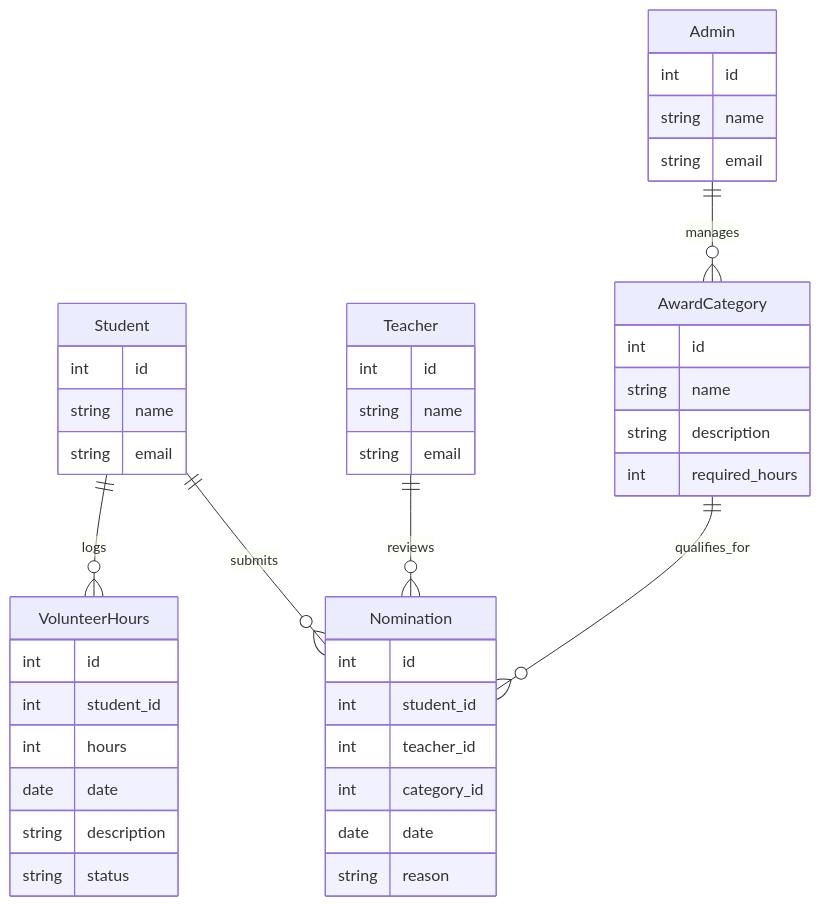
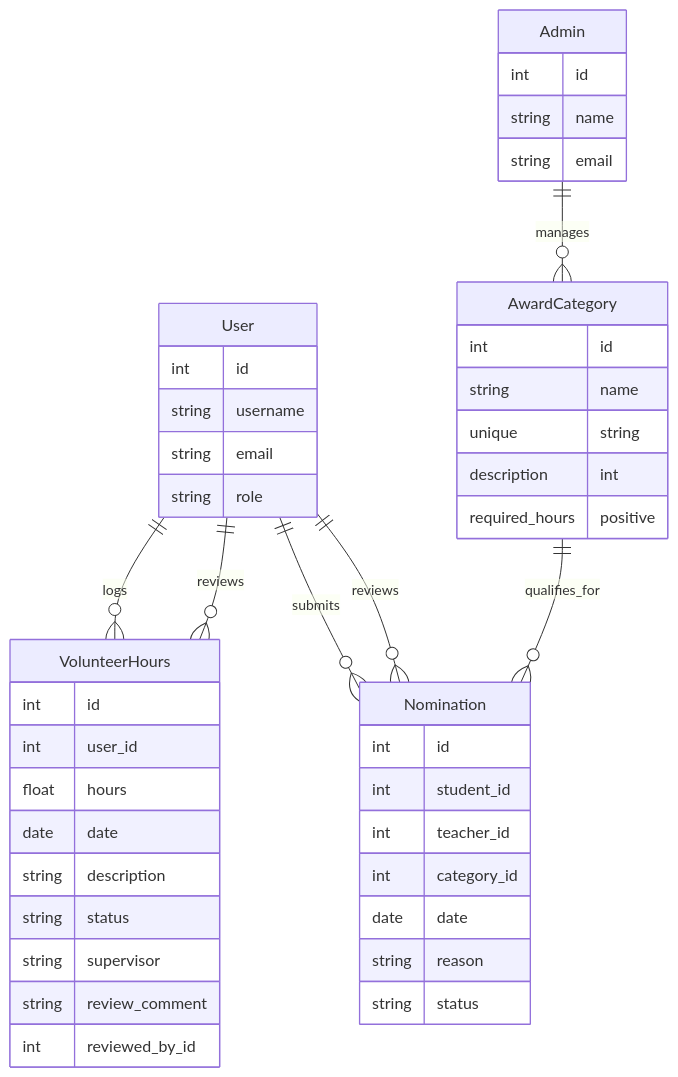
Before and after one commit to Cyborg2169/comp3613a1: the diagram in docs/report.md, drawn with Mermaid. The commit also changed other lines of this file and 55 other files, not shown here.

````diff
--- a/docs/report.md
+++ b/docs/report.md
@@ -32,51 +32,51 @@
 ```mermaid
 erDiagram
-    Student {
+    User {
         int id
-        string name
+        string username
         string email
-    }
-
-    Teacher {
-        int id
-        string name
-        string email
+        string role
     }
 
     Admin {
         int id
         string name
         string email
     }
 
     VolunteerHours {
         int id
-        int student_id
-        int hours
+        int user_id
+        float hours
         date date
         string description
         string status
+        string supervisor
+        string review_comment
+        int reviewed_by_id
     }
 
     AwardCategory {
         int id
-        string name
+        string name unique
         string description
-        int required_hours
+        int required_hours positive
     }
 
     Nomination {
         int id
         int student_id
         int teacher_id
         int category_id
         date date
         string reason
+        string status
     }
 
-    Student ||--o{ VolunteerHours : logs
-    Student ||--o{ Nomination : submits
-    Teacher ||--o{ Nomination : reviews
+    User ||--o{ VolunteerHours : logs
+    User ||--o{ VolunteerHours : reviews
+    User ||--o{ Nomination : submits
+    User ||--o{ Nomination : reviews
     AwardCategory ||--o{ Nomination : qualifies_for
     Admin ||--o{ AwardCategory : manages
 ```
````
